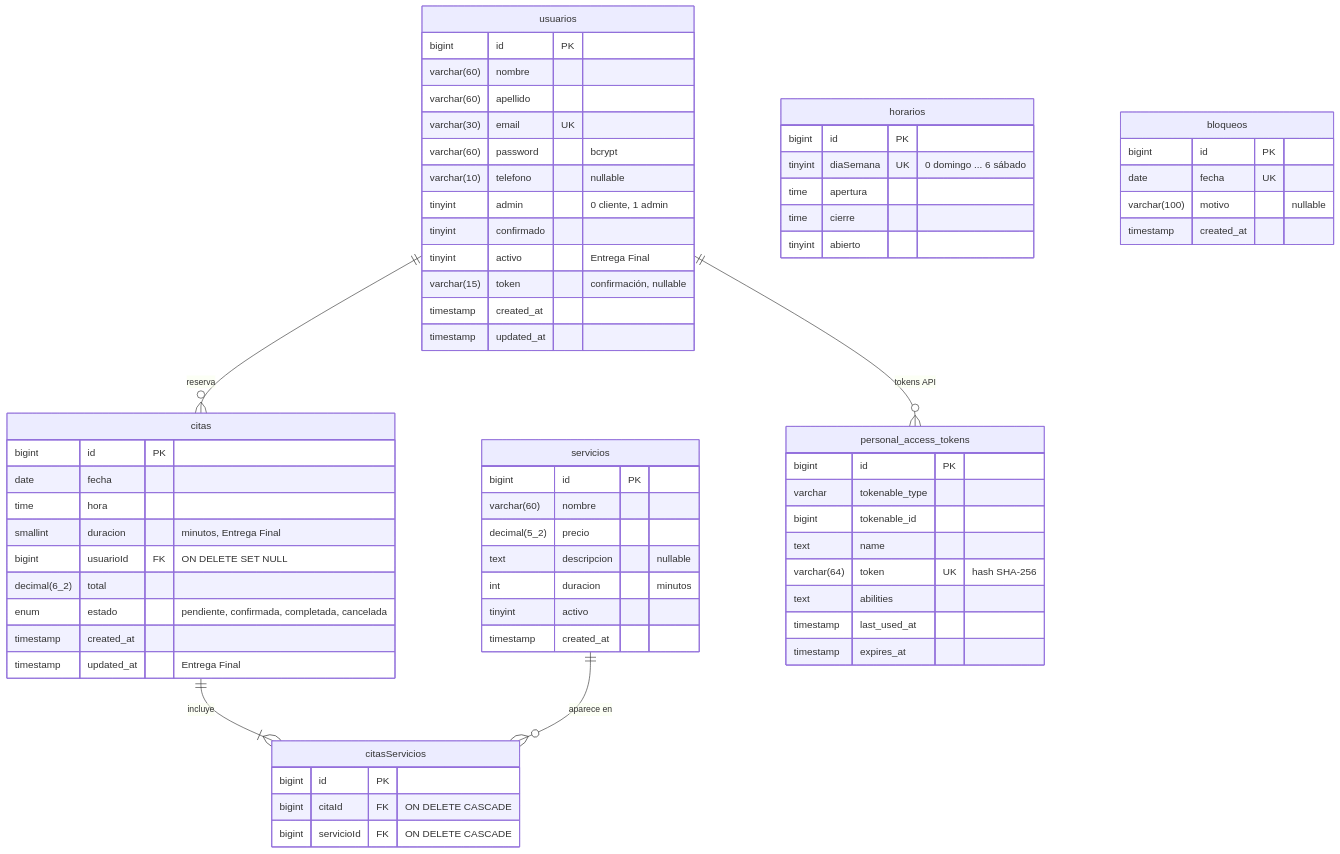
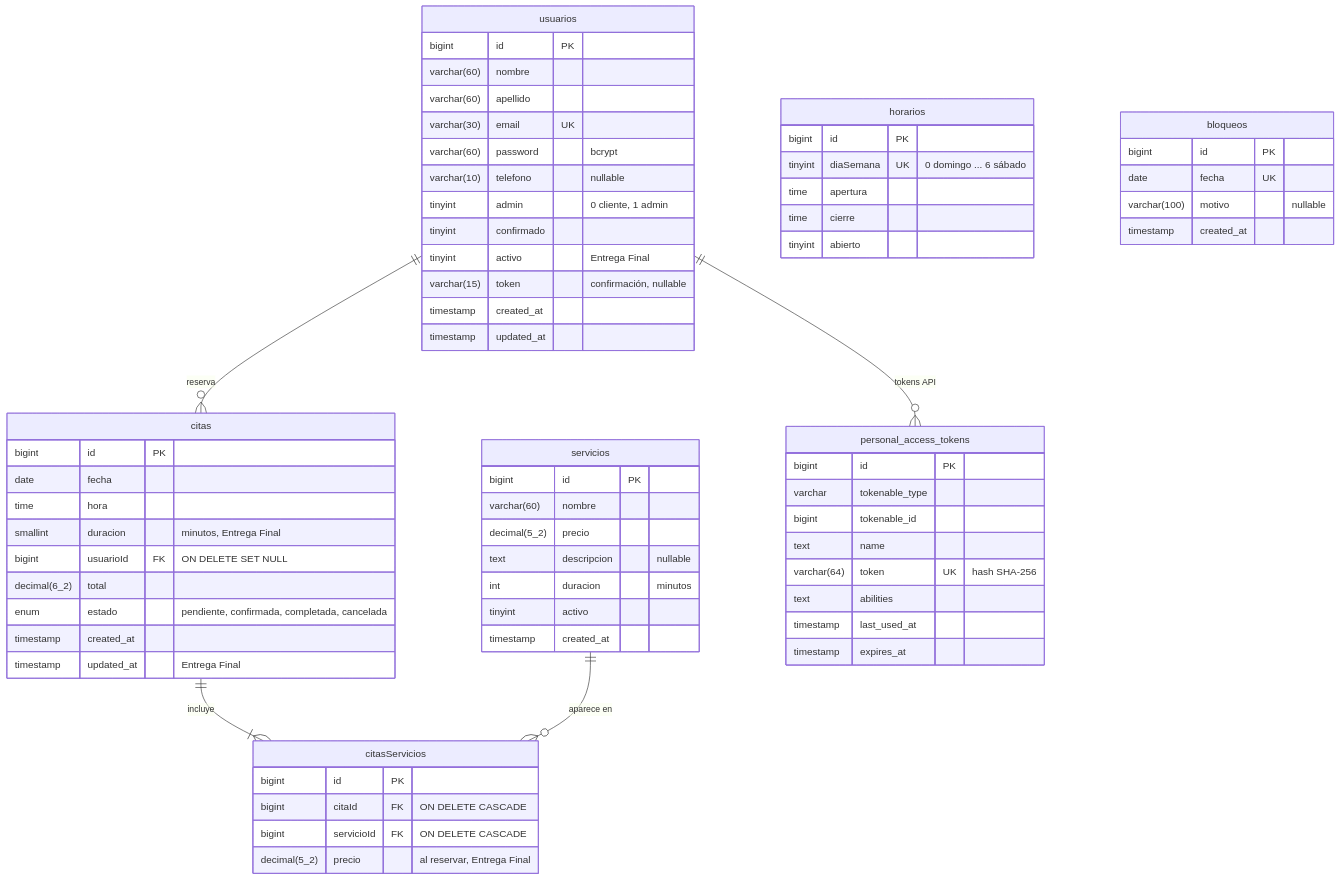
The third of 4 diagrams in docs/manual-tecnico.md (Breiner321/AppSalon), drawn with Mermaid before and after one commit. The commit also changed other lines of this file and 8 other files, not shown here.

````diff
--- a/docs/manual-tecnico.md
+++ b/docs/manual-tecnico.md
@@ -91,70 +93,71 @@
 ```mermaid
 erDiagram
     usuarios ||--o{ citas : "reserva"
     citas ||--|{ citasServicios : "incluye"
     servicios ||--o{ citasServicios : "aparece en"
     usuarios ||--o{ personal_access_tokens : "tokens API"
 
     usuarios {
         bigint id PK
         varchar(60) nombre
         varchar(60) apellido
         varchar(30) email UK
         varchar(60) password "bcrypt"
         varchar(10) telefono "nullable"
         tinyint admin "0 cliente, 1 admin"
         tinyint confirmado
         tinyint activo "Entrega Final"
         varchar(15) token "confirmación, nullable"
         timestamp created_at
         timestamp updated_at
     }
     servicios {
         bigint id PK
         varchar(60) nombre
         decimal(5_2) precio
         text descripcion "nullable"
         int duracion "minutos"
         tinyint activo
         timestamp created_at
     }
     citas {
         bigint id PK
         date fecha
         time hora
         smallint duracion "minutos, Entrega Final"
         bigint usuarioId FK "ON DELETE SET NULL"
         decimal(6_2) total
         enum estado "pendiente, confirmada, completada, cancelada"
         timestamp created_at
         timestamp updated_at "Entrega Final"
     }
     citasServicios {
         bigint id PK
         bigint citaId FK "ON DELETE CASCADE"
         bigint servicioId FK "ON DELETE CASCADE"
+        decimal(5_2) precio "al reservar, Entrega Final"
     }
     horarios {
         bigint id PK
         tinyint diaSemana UK "0 domingo ... 6 sábado"
         time apertura
         time cierre
         tinyint abierto
     }
     bloqueos {
         bigint id PK
         date fecha UK
         varchar(100) motivo "nullable"
         timestamp created_at
     }
     personal_access_tokens {
         bigint id PK
         varchar tokenable_type
         bigint tokenable_id
         text name
         varchar(64) token UK "hash SHA-256"
         text abilities
         timestamp last_used_at
         timestamp expires_at
     }
 ```
````
